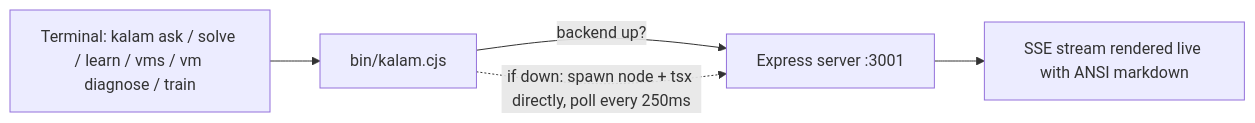
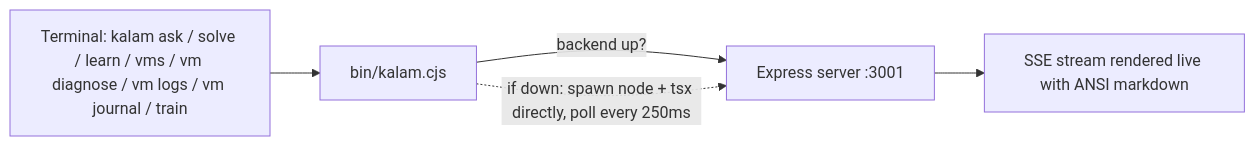
Before and after one commit to AdityaRam24/kalam: the ninth of 9 diagrams in ARCHITECTURE.md, drawn with Mermaid. The commit also changed other lines of this file and 5 other files, not shown here.

````diff
--- a/ARCHITECTURE.md
+++ b/ARCHITECTURE.md
@@ -682,7 +813,7 @@
 ```mermaid
 flowchart LR
-    T["Terminal: kalam ask / solve / learn / vms / vm diagnose / train"] --> CLI["bin/kalam.cjs"]
+    T["Terminal: kalam ask / solve / learn / vms / vm diagnose / vm logs / vm journal / train"] --> CLI["bin/kalam.cjs"]
     CLI -->|"backend up?"| API["Express server :3001"]
     CLI -.->|"if down: spawn node + tsx directly, poll every 250ms"| API
     API --> ANSWER["SSE stream rendered live with ANSI markdown"]
 ```
````
